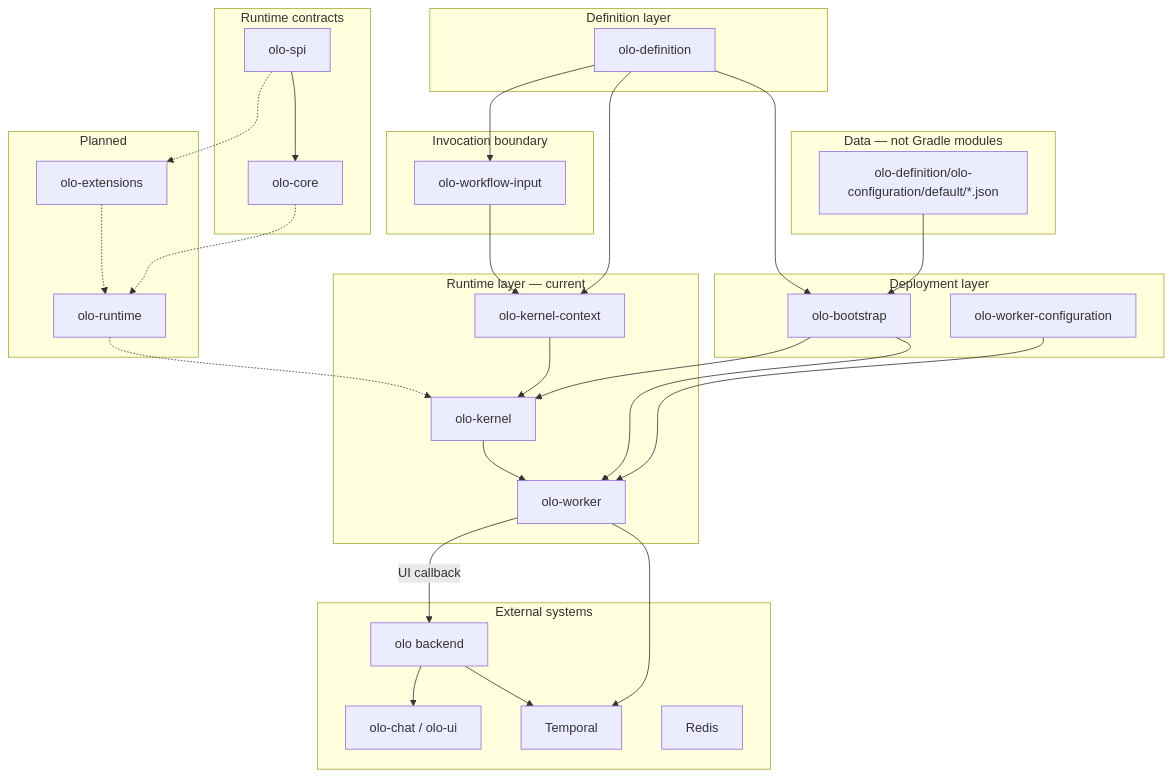
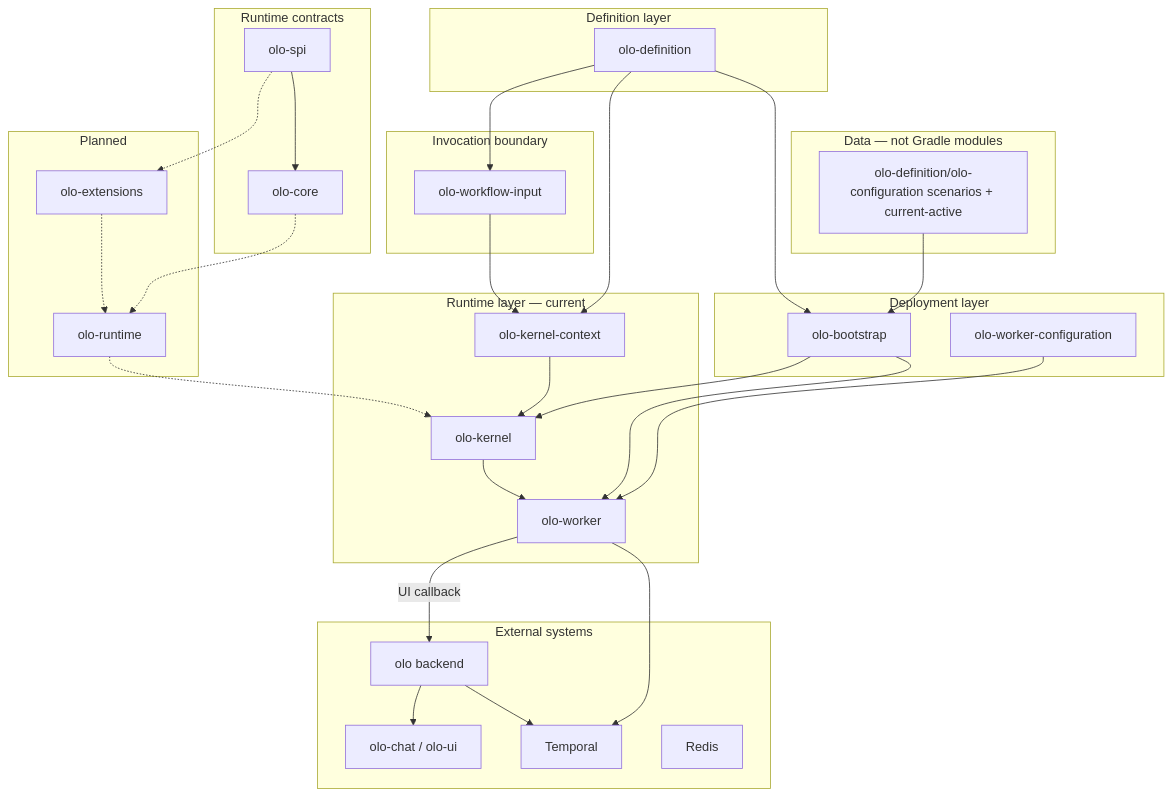
One commit to olo-labs/olo-mono changed the first of 3 diagrams in docs/ARCHITECTURE.md. Above: the diagram before and after it, drawn with Mermaid. The commit also changed other lines of this file and 214 other files, not shown here.

````diff
--- a/docs/ARCHITECTURE.md
+++ b/docs/ARCHITECTURE.md
@@ -18,62 +18,62 @@
 ```mermaid
 flowchart TB
     subgraph external [External systems]
         UI[olo-chat / olo-ui]
         API[olo backend]
         TMP[Temporal]
         REDIS[Redis]
     end
 
     subgraph data [Data — not Gradle modules]
-        CFG[olo-definition/olo-configuration/default/*.json]
+        CFG[olo-definition/olo-configuration scenarios + current-active]
     end
 
     subgraph definition [Definition layer]
         OD[olo-definition]
     end
 
     subgraph boundary [Invocation boundary]
         OWI[olo-workflow-input]
     end
 
     subgraph deploy [Deployment layer]
         OWC[olo-worker-configuration]
         OB[olo-bootstrap]
     end
 
     subgraph runtime [Runtime layer — current]
         OKC[olo-kernel-context]
         OK[olo-kernel]
         OW[olo-worker]
     end
 
     subgraph contracts [Runtime contracts]
         SPI[olo-spi]
         OC[olo-core]
     end
 
     subgraph planned [Planned]
         OR[olo-runtime]
         OE[olo-extensions]
     end
 
     CFG --> OB
     OD --> OWI
     OD --> OB
     OD --> OKC
     OWI --> OKC
     OWC --> OW
     OB --> OW
     OB --> OK
     OKC --> OK
     OK --> OW
     OW --> TMP
     API --> TMP
     API --> UI
     OW -->|UI callback| API
     SPI --> OC
     OC -.-> OR
     SPI -.-> OE
     OR -.-> OK
     OE -.-> OR
 ```
````
